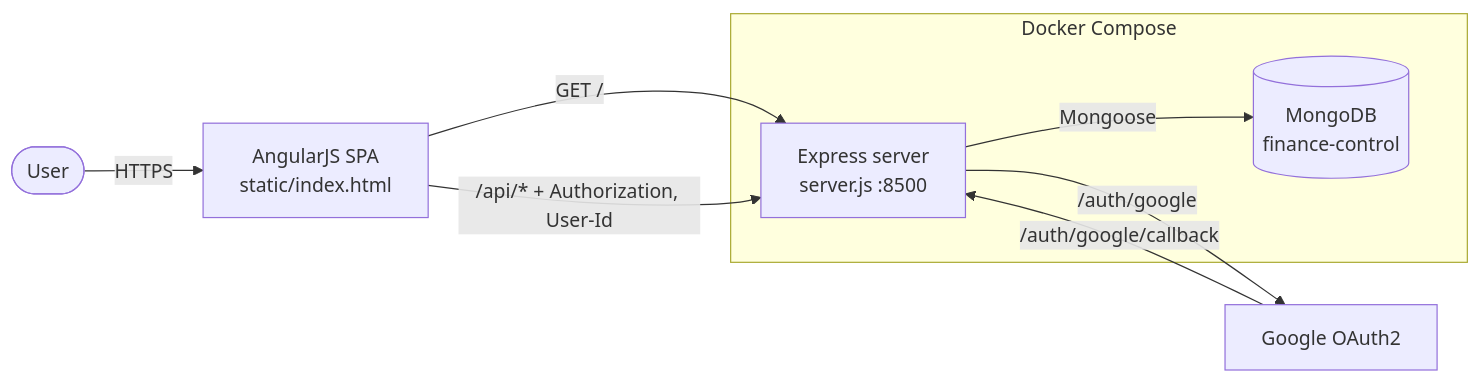
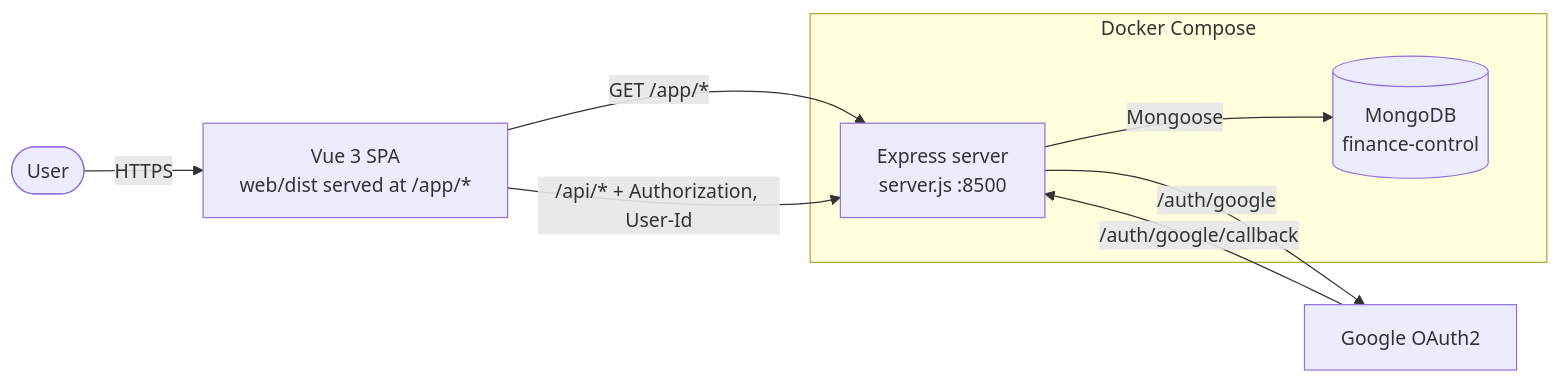
Before and after one commit to diogoap/finance-control: the first of 6 diagrams in docs/ARCHITECTURE.md, drawn with Mermaid. The commit also changed other lines of this file and 2306 other files, not shown here.

First line of the commit message:
Migrate Login/Logoff to Vue and retire AngularJS shell

````diff
--- a/docs/ARCHITECTURE.md
+++ b/docs/ARCHITECTURE.md
@@ -18,20 +18,20 @@
 ```mermaid
 flowchart LR
     User([User])
-    Browser[AngularJS SPA<br/>static/index.html]
+    Browser[Vue 3 SPA<br/>web/dist served at /app/*]
     Server[Express server<br/>server.js :8500]
     Mongo[(MongoDB<br/>finance-control)]
     Google[Google OAuth2]
 
     User -->|HTTPS| Browser
-    Browser -->|GET /| Server
+    Browser -->|GET /app/*| Server
     Browser -->|/api/* + Authorization, User-Id| Server
     Server -->|Mongoose| Mongo
     Server -->|/auth/google| Google
     Google -->|/auth/google/callback| Server
 
     subgraph Container[Docker Compose]
         Server
         Mongo
     end
 ```
````
